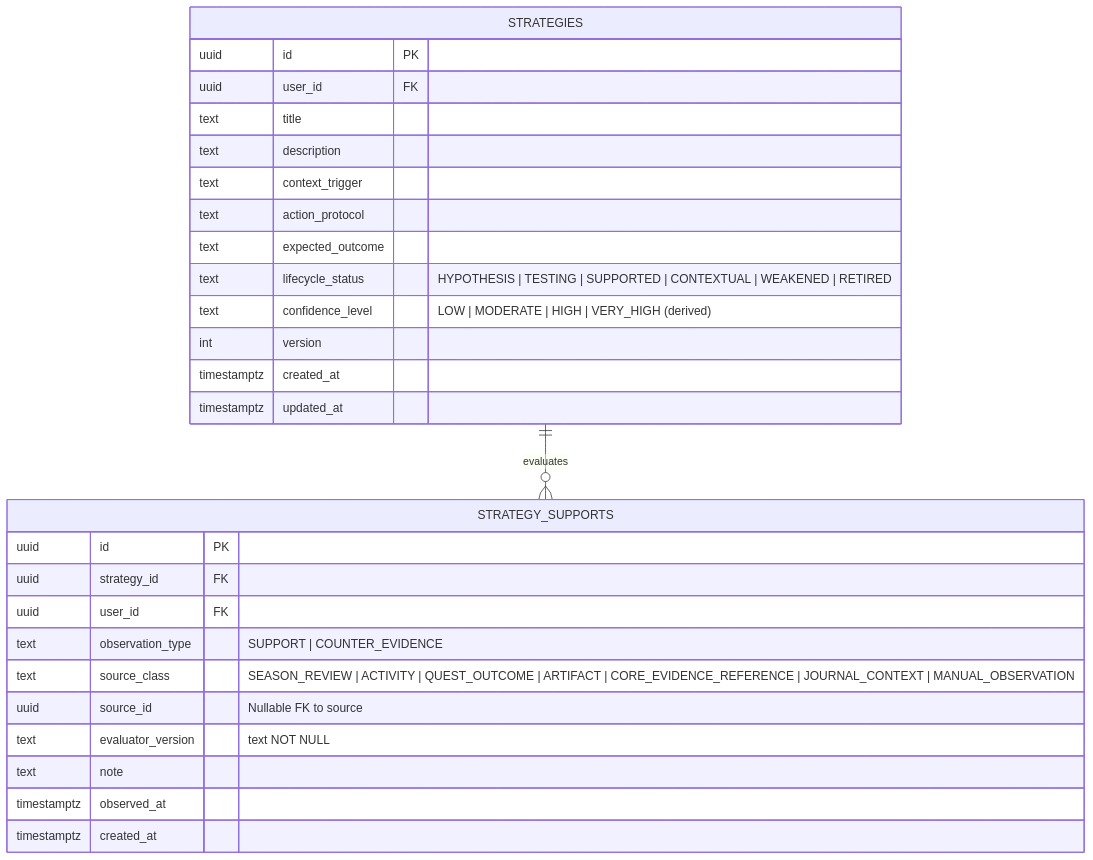
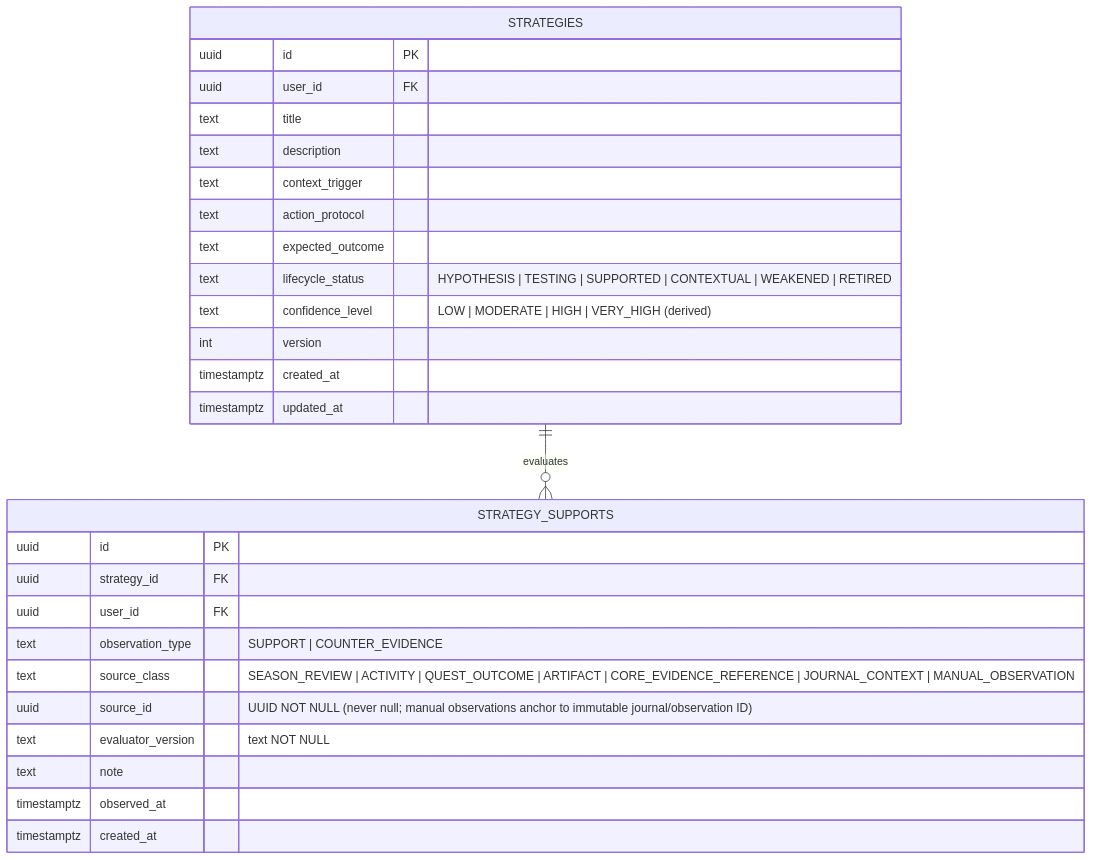
Before and after one commit to Daylily-Huang/AI-Personal-Growth-RPG: the second of 2 diagrams in docs/Phase8/05_STRATEGY_PLAYBOOK_SPEC.md, drawn with Mermaid. The commit also changed other lines of this file and 9 other files, not shown here.

````diff
--- a/docs/Phase8/05_STRATEGY_PLAYBOOK_SPEC.md
+++ b/docs/Phase8/05_STRATEGY_PLAYBOOK_SPEC.md
@@ -108,32 +105,32 @@
 ```mermaid
 erDiagram
     STRATEGIES ||--o{ STRATEGY_SUPPORTS : evaluates
     
     STRATEGIES {
         uuid id PK
         uuid user_id FK
         text title
         text description
         text context_trigger
         text action_protocol
         text expected_outcome
         text lifecycle_status "HYPOTHESIS | TESTING | SUPPORTED | CONTEXTUAL | WEAKENED | RETIRED"
         text confidence_level "LOW | MODERATE | HIGH | VERY_HIGH (derived)"
         int version
         timestamptz created_at
         timestamptz updated_at
     }
     
     STRATEGY_SUPPORTS {
         uuid id PK
         uuid strategy_id FK
         uuid user_id FK
         text observation_type "SUPPORT | COUNTER_EVIDENCE"
         text source_class "SEASON_REVIEW | ACTIVITY | QUEST_OUTCOME | ARTIFACT | CORE_EVIDENCE_REFERENCE | JOURNAL_CONTEXT | MANUAL_OBSERVATION"
-        uuid source_id "Nullable FK to source"
+        uuid source_id "UUID NOT NULL (never null; manual observations anchor to immutable journal/observation ID)"
         text evaluator_version "text NOT NULL"
         text note
         timestamptz observed_at
         timestamptz created_at
     }
 ```
````
